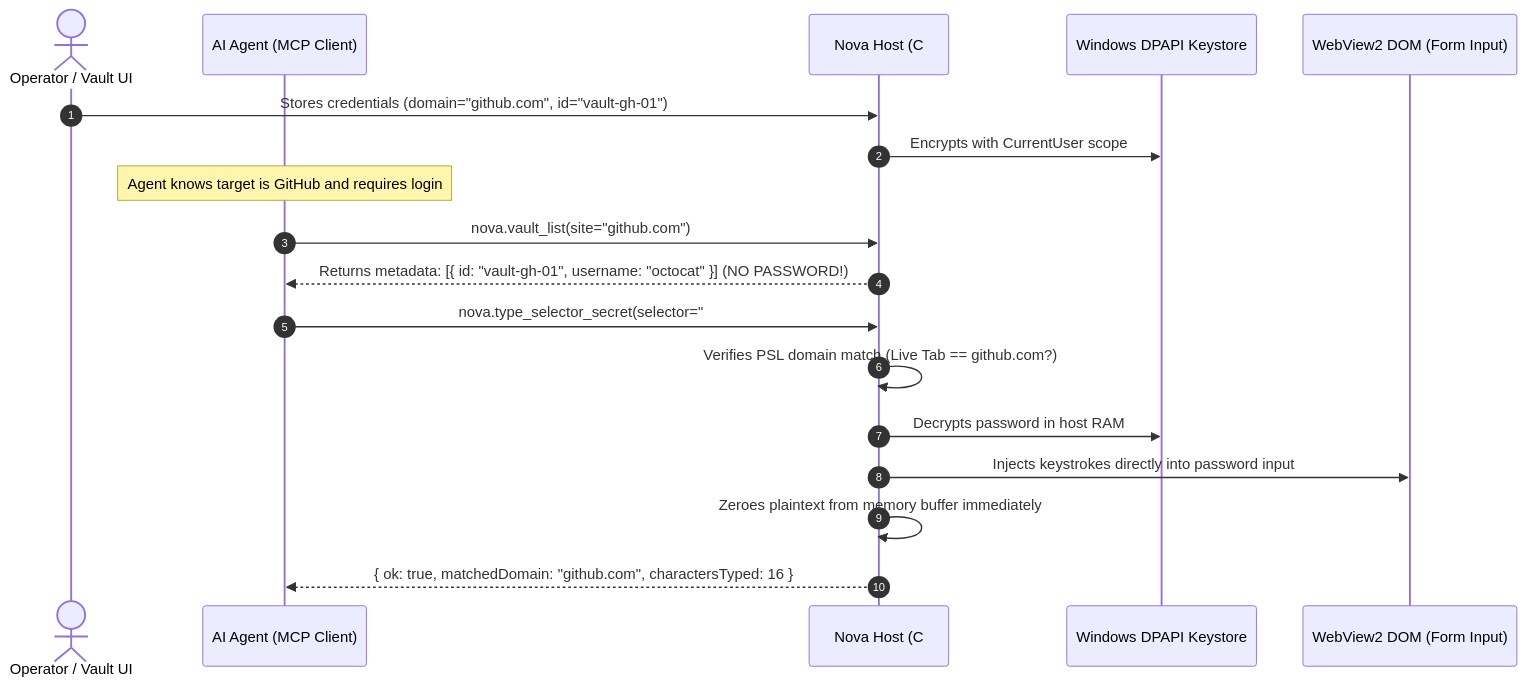
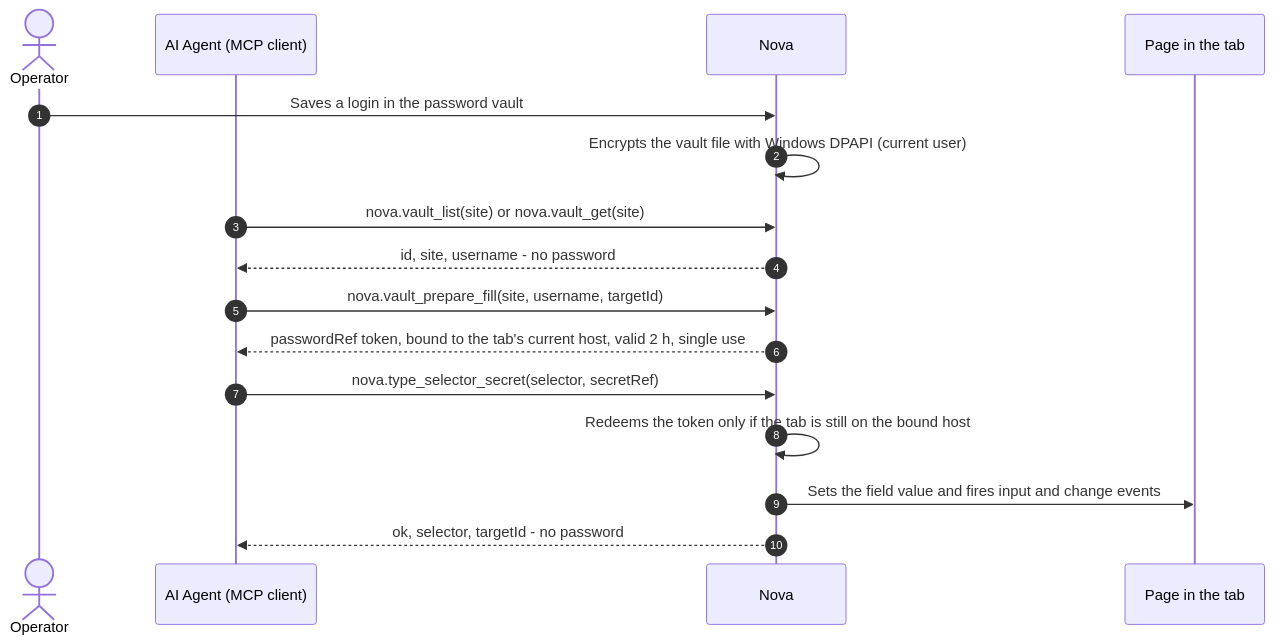
One commit to joelaniol/nova changed the diagram in docs/core-features/vault-and-secrets.md. Above: the diagram before and after it, drawn with Mermaid. The commit also changed other lines of this file and 495 other files, not shown here.

````diff
--- a/docs/core-features/vault-and-secrets.md
+++ b/docs/core-features/vault-and-secrets.md
@@ -21,21 +20,19 @@
 ```mermaid
 sequenceDiagram
     autonumber
-    actor User as Operator / Vault UI
-    participant Agent as AI Agent (MCP Client)
-    participant Host as Nova Host (C# Core)
-    participant DPAPI as Windows DPAPI Keystore
-    participant DOM as WebView2 DOM (Form Input)
+    actor User as Operator
+    participant Agent as AI Agent (MCP client)
+    participant Host as Nova
+    participant DOM as Page in the tab
 
-    User->>Host: Stores credentials (domain="github.com", id="vault-gh-01")
-    Host->>DPAPI: Encrypts with CurrentUser scope
-    Note over Agent: Agent knows target is GitHub and requires login
-    Agent->>Host: nova.vault_list(site="github.com")
-    Host-->>Agent: Returns metadata: [{ id: "vault-gh-01", username: "octocat" }] (NO PASSWORD!)
-    Agent->>Host: nova.type_selector_secret(selector="#password", secretRef="vault-gh-01")
-    Host->>Host: Verifies PSL domain match (Live Tab == github.com?)
-    Host->>DPAPI: Decrypts password in host RAM
-    Host->>DOM: Injects keystrokes directly into password input
-    Host->>Host: Zeroes plaintext from memory buffer immediately
-    Host-->>Agent: { ok: true, matchedDomain: "github.com", charactersTyped: 16 }
+    User->>Host: Saves a login in the password vault
+    Host->>Host: Encrypts the vault file with Windows DPAPI (current user)
+    Agent->>Host: nova.vault_list(site) or nova.vault_get(site)
+    Host-->>Agent: id, site, username - no password
+    Agent->>Host: nova.vault_prepare_fill(site, username, targetId)
+    Host-->>Agent: passwordRef token, bound to the tab's current host, valid 2 h, single use
+    Agent->>Host: nova.type_selector_secret(selector, secretRef)
+    Host->>Host: Redeems the token only if the tab is still on the bound host
+    Host->>DOM: Sets the field value and fires input and change events
+    Host-->>Agent: ok, selector, targetId - no password
 ```
````
